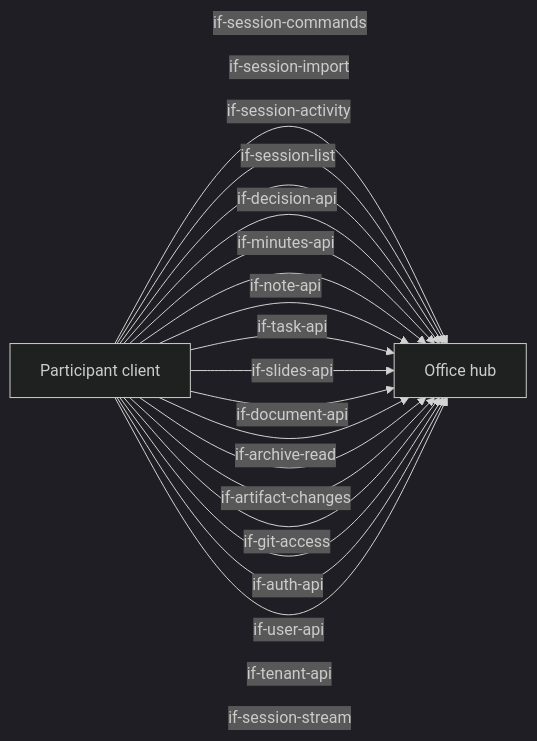
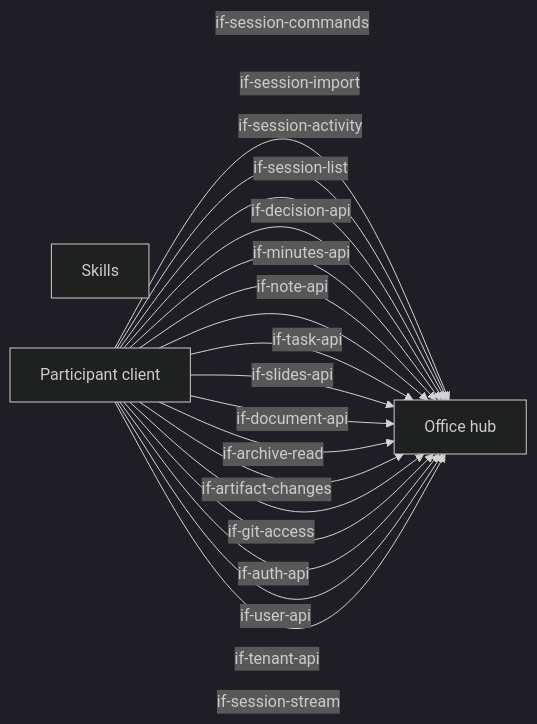
Before and after one commit to mrsimpson/agentic-office: the first of 3 diagrams in docs/architecture/05-building-blocks.arc42.md, drawn with Mermaid (dark theme). The commit also changed other lines of this file and 8 other files, not shown here.

First line of the commit message:
docs(architecture): model the skills as a building block

````diff
--- a/docs/architecture/05-building-blocks.arc42.md
+++ b/docs/architecture/05-building-blocks.arc42.md
@@ -25,22 +25,23 @@
 ```mermaid
 flowchart LR
+    bb_skills[Skills]
     bb_office_hub[Office hub]
     bb_participant_client[Participant client]
     bb_participant_client -->|if-session-commands| bb_office_hub
     bb_participant_client -->|if-session-import| bb_office_hub
     bb_participant_client -->|if-session-activity| bb_office_hub
     bb_participant_client -->|if-session-list| bb_office_hub
     bb_participant_client -->|if-decision-api| bb_office_hub
     bb_participant_client -->|if-minutes-api| bb_office_hub
     bb_participant_client -->|if-note-api| bb_office_hub
     bb_participant_client -->|if-task-api| bb_office_hub
     bb_participant_client -->|if-slides-api| bb_office_hub
     bb_participant_client -->|if-document-api| bb_office_hub
     bb_participant_client -->|if-archive-read| bb_office_hub
     bb_participant_client -->|if-artifact-changes| bb_office_hub
     bb_participant_client -->|if-git-access| bb_office_hub
     bb_participant_client -->|if-auth-api| bb_office_hub
     bb_participant_client -->|if-user-api| bb_office_hub
     bb_participant_client -->|if-tenant-api| bb_office_hub
     bb_participant_client -->|if-session-stream| bb_office_hub
 ```
````
